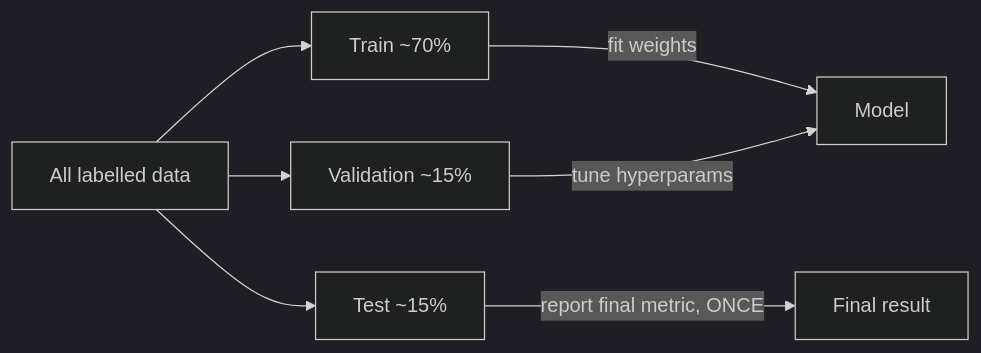
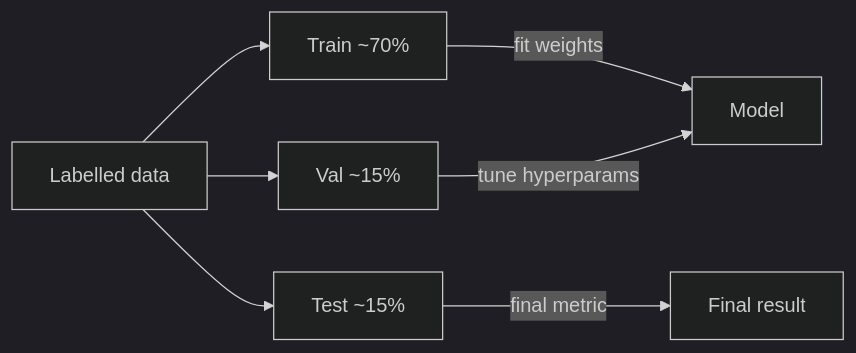
The fourth of 9 diagrams in presentation/image-classification-masterclass.qmd (UQ-Data-Science-CRP/easy-image-classification-dscrp), drawn with Mermaid (dark theme) before and after one commit. The commit also changed other lines of this file and 6 other files, not shown here.

````diff
--- a/presentation/image-classification-masterclass.qmd
+++ b/presentation/image-classification-masterclass.qmd
@@ -238,9 +300,9 @@
 ```{mermaid}
 flowchart LR
-    D[All labelled data] --> T[Train ~70%]
-    D --> V[Validation ~15%]
+    D[Labelled data] --> T[Train ~70%]
+    D --> V[Val ~15%]
     D --> S[Test ~15%]
     T -->|fit weights| M[Model]
     V -->|tune hyperparams| M
-    S -->|report final metric, ONCE| R[Final result]
+    S -->|final metric| R[Final result]
 ```
````
